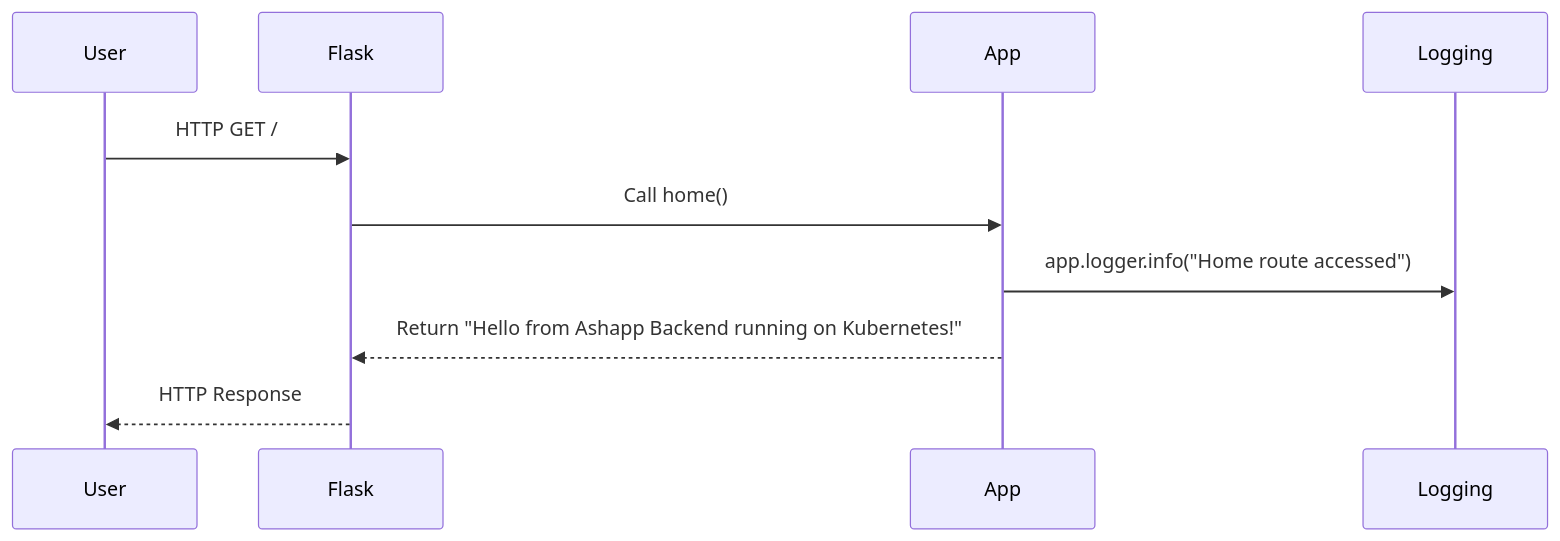
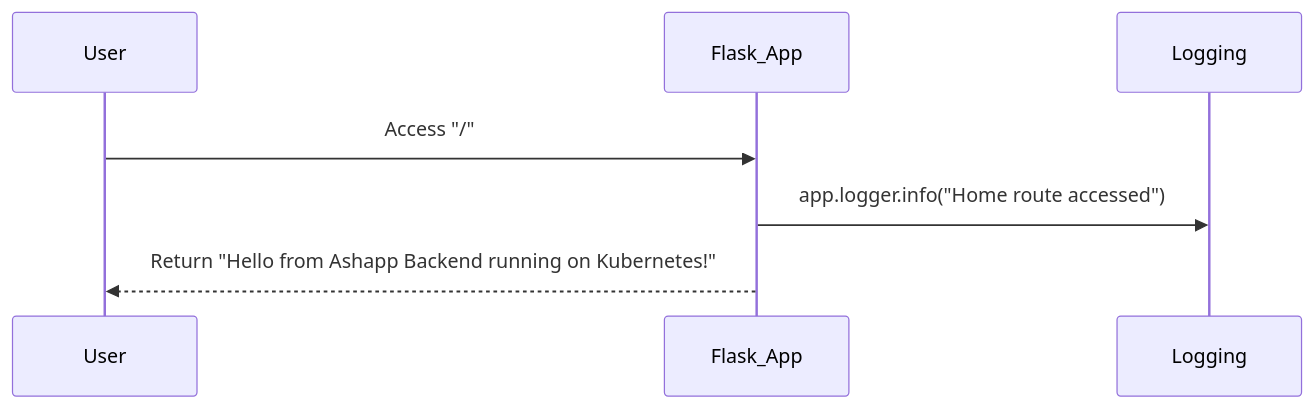
The third of 3 diagrams in DESIGN.md (ashwanth01-pixel/flaskapp), drawn with Mermaid before and after one commit. The commit also changed other lines of this file and 2 other files, not shown here.

Commit message:
Automated: Add repo analysis, fixes, UML, and design diagram

````diff
--- a/DESIGN.md
+++ b/DESIGN.md
@@ -51,13 +57,10 @@
 ```mermaid
 sequenceDiagram
     participant User
-    participant Flask
-    participant App
+    participant Flask_App
     participant Logging
 
-    User->>Flask: HTTP GET /
-    Flask->>App: Call home()
-    App->>Logging: app.logger.info("Home route accessed")
-    App-->>Flask: Return "Hello from Ashapp Backend running on Kubernetes!"
-    Flask-->>User: HTTP Response
+    User->>Flask_App: Access "/"
+    Flask_App->>Logging: app.logger.info("Home route accessed")
+    Flask_App-->>User: Return "Hello from Ashapp Backend running on Kubernetes!"
 ```
````
